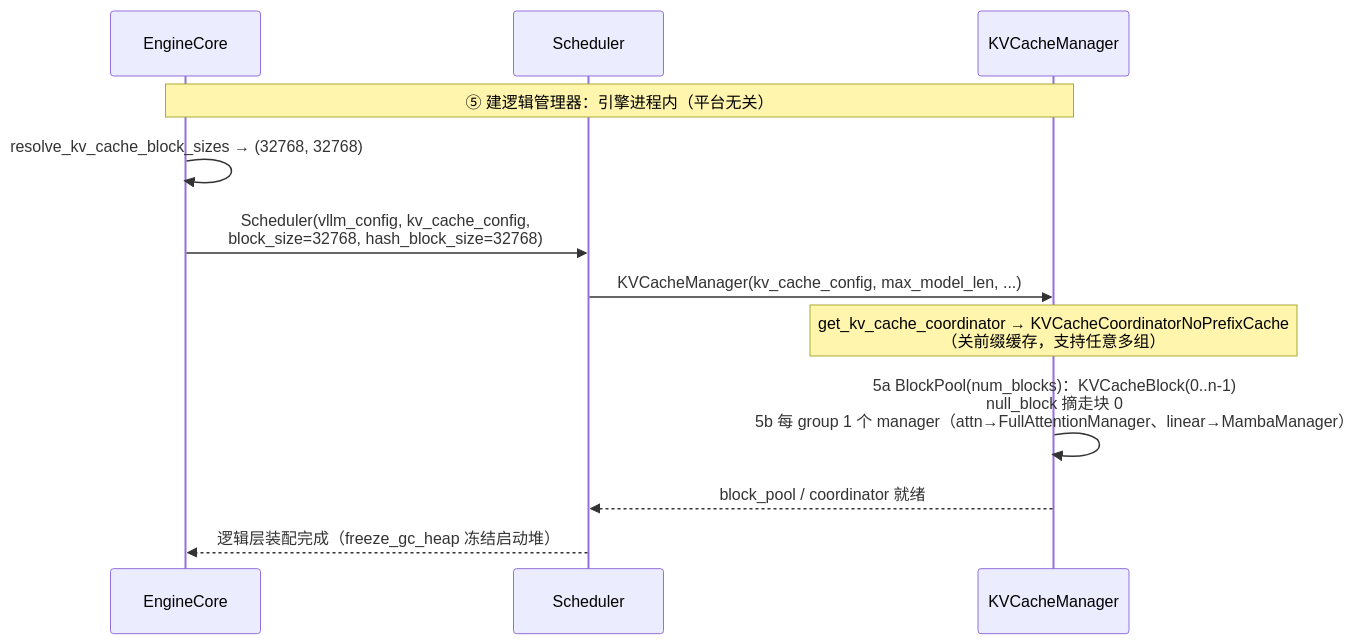
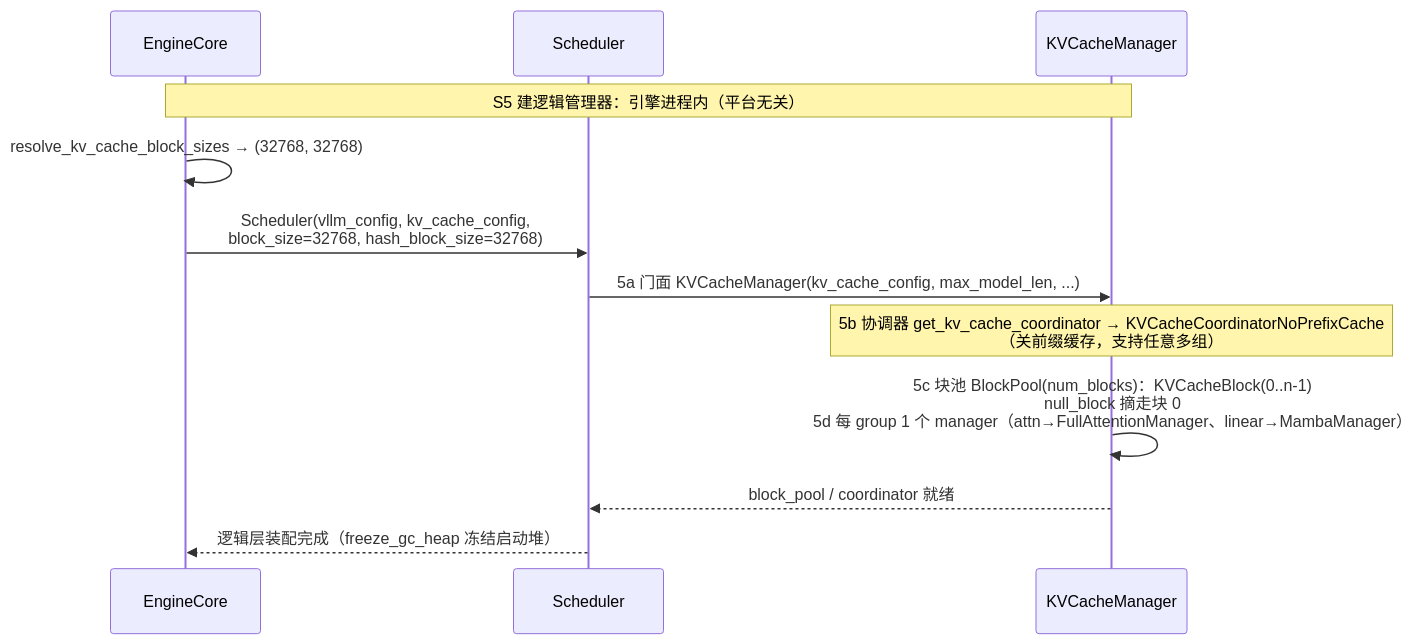
Before and after one commit to GoCHug/vllm: the second of 4 diagrams in vllm/v1/core/kvcache_study/kvcache_docs/npu_hybrid/1_start_init.md, drawn with Mermaid. The commit also changed other lines of this file and 2 other files, not shown here.

````diff
--- a/vllm/v1/core/kvcache_study/kvcache_docs/npu_hybrid/1_start_init.md
+++ b/vllm/v1/core/kvcache_study/kvcache_docs/npu_hybrid/1_start_init.md
@@ -136,16 +136,16 @@
 ```mermaid
 %%{init: {"themeVariables": {"actorFontSize": "11px", "messageFontSize": "11px", "noteFontSize": "11px"}, "sequence": {"actorMargin": 40, "messageMargin": 16, "noteMargin": 8, "boxMargin": 8, "mirrorActors": true}}}%%
 sequenceDiagram
     participant EngineCore
     participant Scheduler
     participant KVCacheManager
 
-    Note over EngineCore,KVCacheManager: ⑤ 建逻辑管理器：引擎进程内（平台无关）
+    Note over EngineCore,KVCacheManager: S5 建逻辑管理器：引擎进程内（平台无关）
     EngineCore->>EngineCore: resolve_kv_cache_block_sizes → (32768, 32768)
     EngineCore->>Scheduler: Scheduler(vllm_config, kv_cache_config,<br/>block_size=32768, hash_block_size=32768)
-    Scheduler->>KVCacheManager: KVCacheManager(kv_cache_config, max_model_len, ...)
-    Note over KVCacheManager: get_kv_cache_coordinator → KVCacheCoordinatorNoPrefixCache<br/>（关前缀缓存，支持任意多组）
-    KVCacheManager->>KVCacheManager: 5a BlockPool(num_blocks)：KVCacheBlock(0..n-1)<br/>null_block 摘走块 0<br/>5b 每 group 1 个 manager（attn→FullAttentionManager、linear→MambaManager）
+    Scheduler->>KVCacheManager: 5a 门面 KVCacheManager(kv_cache_config, max_model_len, ...)
+    Note over KVCacheManager: 5b 协调器 get_kv_cache_coordinator → KVCacheCoordinatorNoPrefixCache<br/>（关前缀缓存，支持任意多组）
+    KVCacheManager->>KVCacheManager: 5c 块池 BlockPool(num_blocks)：KVCacheBlock(0..n-1)<br/>null_block 摘走块 0<br/>5d 每 group 1 个 manager（attn→FullAttentionManager、linear→MambaManager）
     KVCacheManager-->>Scheduler: block_pool / coordinator 就绪
     Scheduler-->>EngineCore: 逻辑层装配完成（freeze_gc_heap 冻结启动堆）
 ```
````
